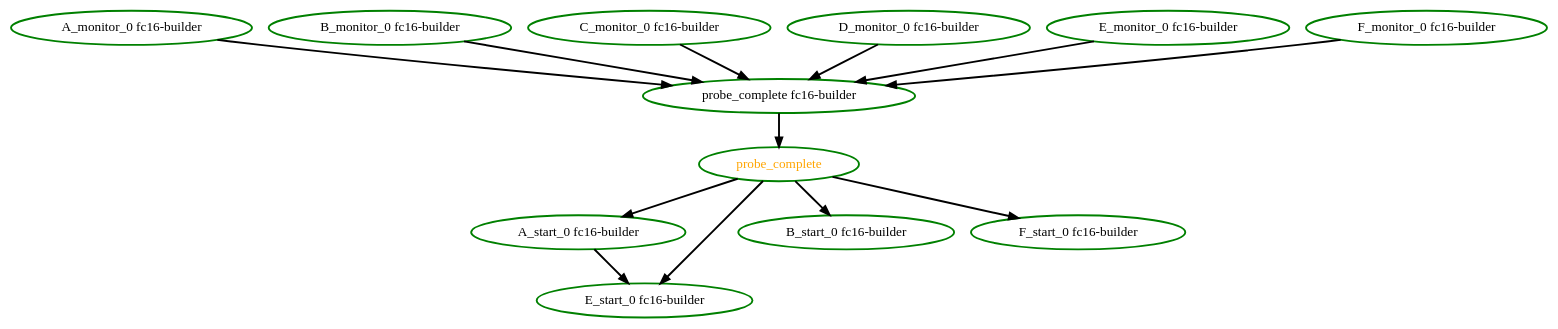
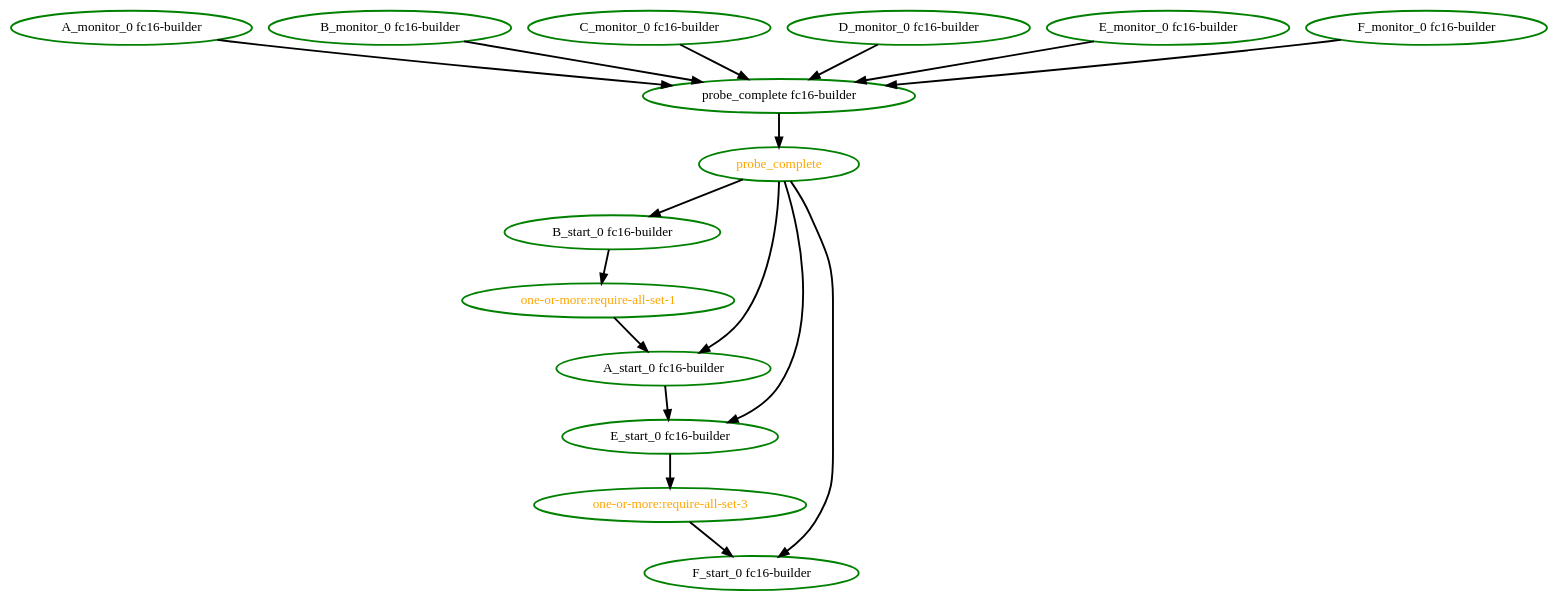
One commit to ClusterLabs/pacemaker changed the diagram in pengine/test10/one-or-more-5.dot. Above: the diagram before and after it, drawn with Graphviz. The commit also changed 9 other files, not shown here.

```diff
--- a/pengine/test10/one-or-more-5.dot
+++ b/pengine/test10/one-or-more-5.dot
@@ -1,26 +1,32 @@
 digraph "g" {
 "A_monitor_0 fc16-builder" -> "probe_complete fc16-builder" [ style = bold]
 "A_monitor_0 fc16-builder" [ style=bold color="green" fontcolor="black"]
 "A_start_0 fc16-builder" -> "E_start_0 fc16-builder" [ style = bold]
 "A_start_0 fc16-builder" [ style=bold color="green" fontcolor="black"]
 "B_monitor_0 fc16-builder" -> "probe_complete fc16-builder" [ style = bold]
 "B_monitor_0 fc16-builder" [ style=bold color="green" fontcolor="black"]
+"B_start_0 fc16-builder" -> "one-or-more:require-all-set-1" [ style = bold]
 "B_start_0 fc16-builder" [ style=bold color="green" fontcolor="black"]
 "C_monitor_0 fc16-builder" -> "probe_complete fc16-builder" [ style = bold]
 "C_monitor_0 fc16-builder" [ style=bold color="green" fontcolor="black"]
 "D_monitor_0 fc16-builder" -> "probe_complete fc16-builder" [ style = bold]
 "D_monitor_0 fc16-builder" [ style=bold color="green" fontcolor="black"]
 "E_monitor_0 fc16-builder" -> "probe_complete fc16-builder" [ style = bold]
 "E_monitor_0 fc16-builder" [ style=bold color="green" fontcolor="black"]
+"E_start_0 fc16-builder" -> "one-or-more:require-all-set-3" [ style = bold]
 "E_start_0 fc16-builder" [ style=bold color="green" fontcolor="black"]
 "F_monitor_0 fc16-builder" -> "probe_complete fc16-builder" [ style = bold]
 "F_monitor_0 fc16-builder" [ style=bold color="green" fontcolor="black"]
 "F_start_0 fc16-builder" [ style=bold color="green" fontcolor="black"]
+"one-or-more:require-all-set-1" -> "A_start_0 fc16-builder" [ style = bold]
+"one-or-more:require-all-set-1" [ style=bold color="green" fontcolor="orange"]
+"one-or-more:require-all-set-3" -> "F_start_0 fc16-builder" [ style = bold]
+"one-or-more:require-all-set-3" [ style=bold color="green" fontcolor="orange"]
 "probe_complete fc16-builder" -> "probe_complete" [ style = bold]
 "probe_complete fc16-builder" [ style=bold color="green" fontcolor="black"]
 "probe_complete" -> "A_start_0 fc16-builder" [ style = bold]
 "probe_complete" -> "B_start_0 fc16-builder" [ style = bold]
 "probe_complete" -> "E_start_0 fc16-builder" [ style = bold]
 "probe_complete" -> "F_start_0 fc16-builder" [ style = bold]
 "probe_complete" [ style=bold color="green" fontcolor="orange"]
 }
```
